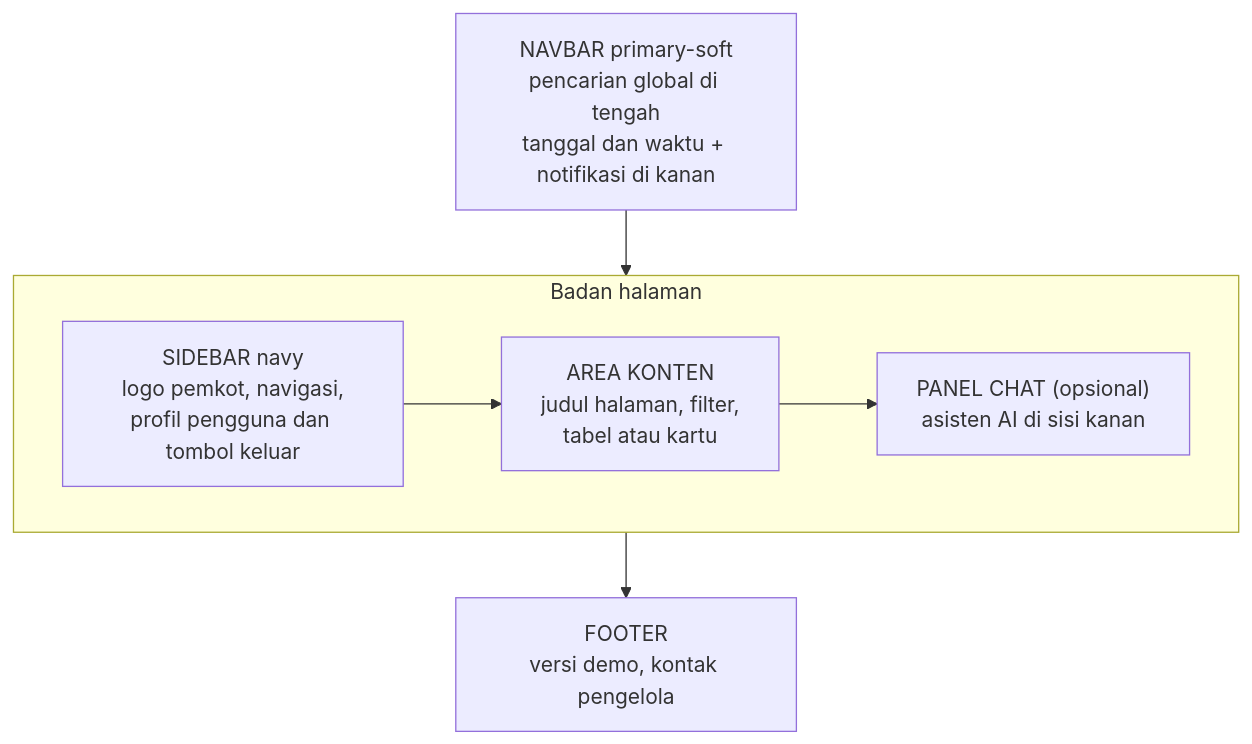
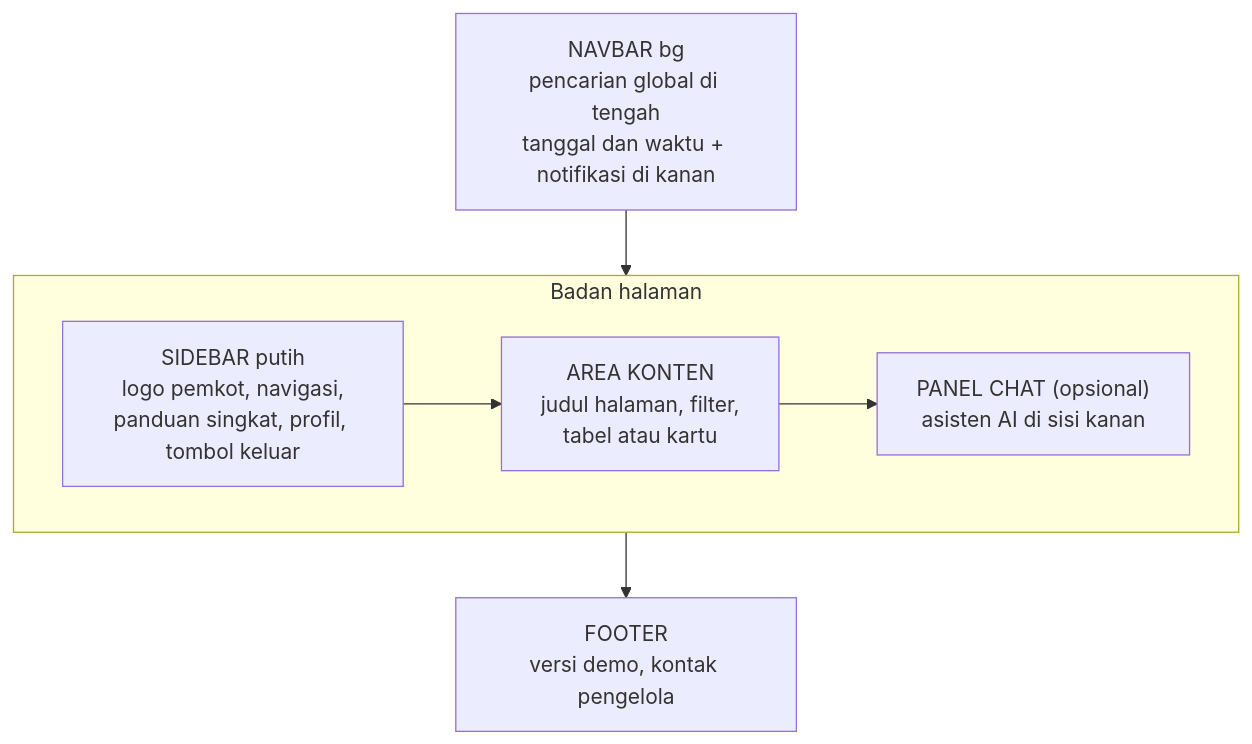
One commit to vnymyz/Pemkot-AI changed diagram 20 of 21 in docs/pemkot-AI.md. Above: the diagram before and after it, drawn with Mermaid. The commit also changed other lines of this file and 43 other files, not shown here.

````diff
--- a/docs/pemkot-AI.md
+++ b/docs/pemkot-AI.md
@@ -1511,13 +1511,13 @@
 ```mermaid
 flowchart TB
-    HDR["NAVBAR primary-soft<br/>pencarian global di tengah<br/>tanggal dan waktu + notifikasi di kanan"]
+    HDR["NAVBAR bg<br/>pencarian global di tengah<br/>tanggal dan waktu + notifikasi di kanan"]
     subgraph Body["Badan halaman"]
         direction LR
-        SB["SIDEBAR navy<br/>logo pemkot, navigasi,<br/>profil pengguna dan tombol keluar"]
+        SB["SIDEBAR putih<br/>logo pemkot, navigasi,<br/>panduan singkat, profil, tombol keluar"]
         CT["AREA KONTEN<br/>judul halaman, filter,<br/>tabel atau kartu"]
         CP["PANEL CHAT (opsional)<br/>asisten AI di sisi kanan"]
         SB --> CT --> CP
     end
     FTR["FOOTER<br/>versi demo, kontak pengelola"]
     HDR --> Body --> FTR
 ```
````
